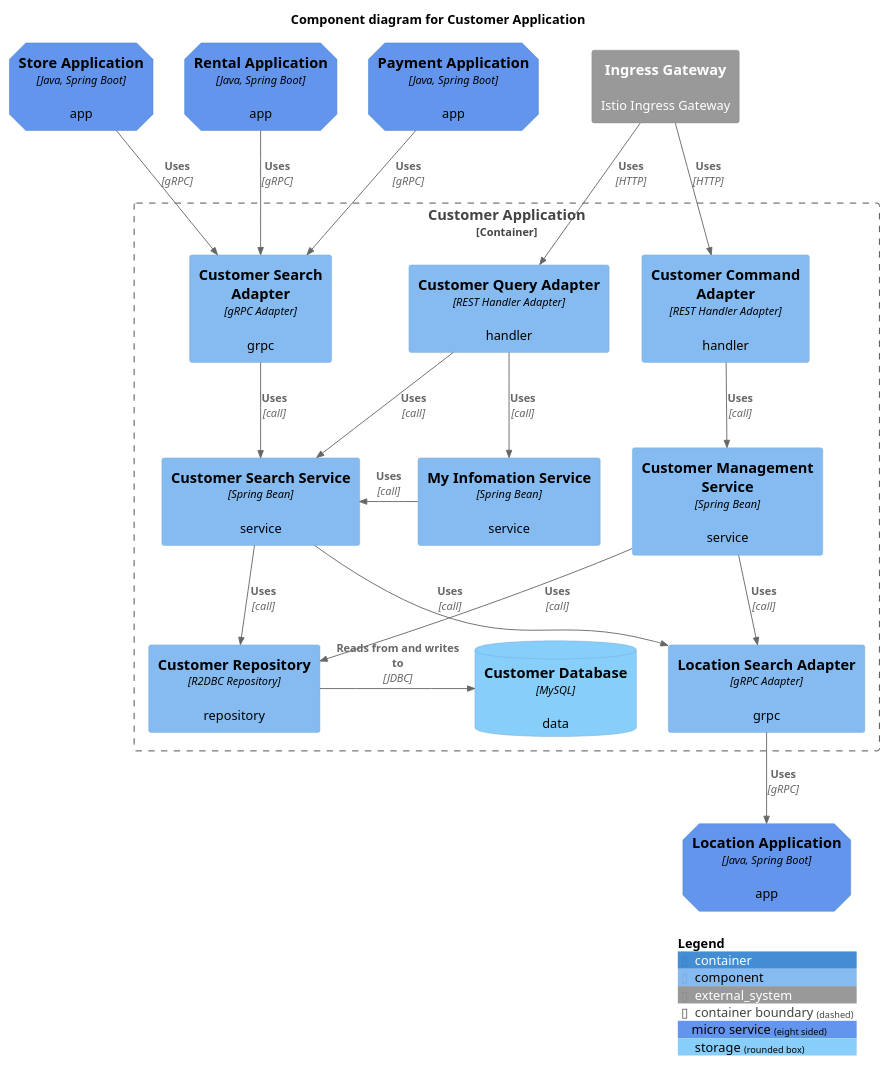
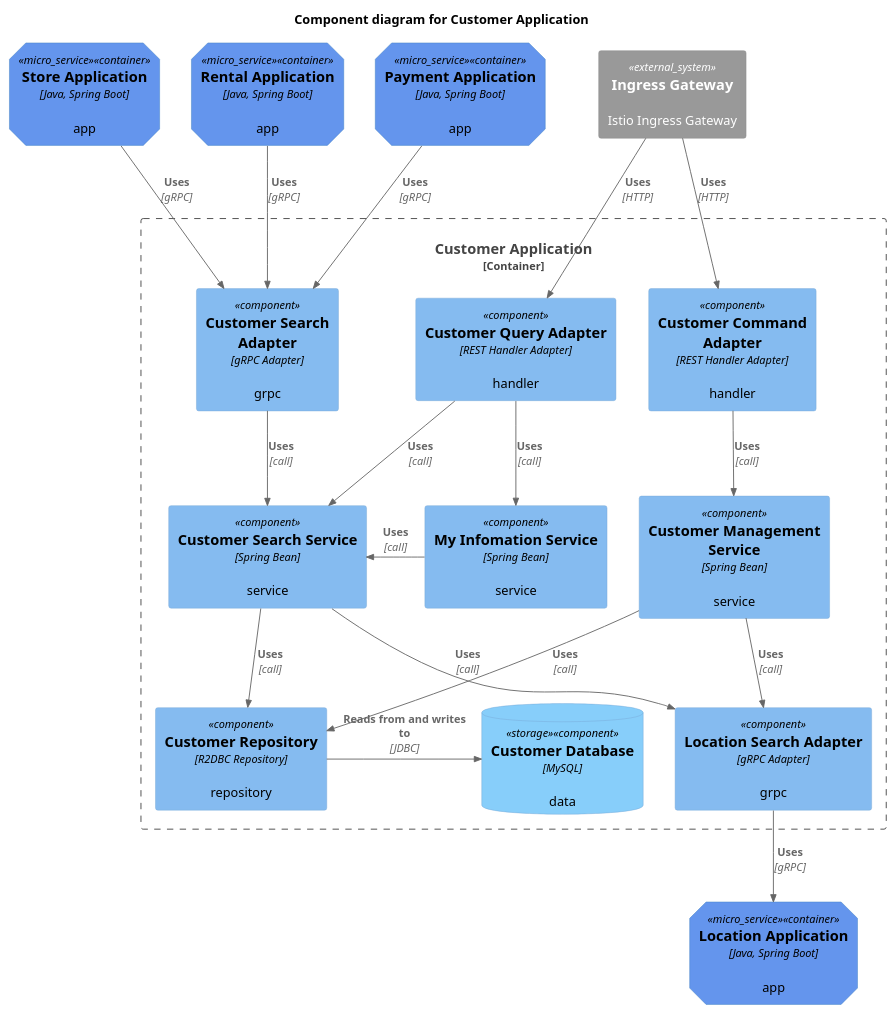
Before and after one commit to codejsha/sakila-microservices: the diagram in diagram/component/customer-application.puml, drawn with PlantUML. The commit also changed 17 other files, not shown here.

Commit message:
update diagrams

```diff
--- a/diagram/component/customer-application.puml
+++ b/diagram/component/customer-application.puml
@@ -1,52 +1,51 @@
 @startuml "customer-application"
 !include https://raw.githubusercontent.com/plantuml-stdlib/C4-PlantUML/master/C4_Component.puml
 
 AddElementTag("micro_service", $shape=EightSidedShape(), $bgColor="CornflowerBlue", $fontColor="black", $legendText="micro service\neight sided")
 AddElementTag("storage", $shape=RoundedBoxShape(), $bgColor="lightSkyBlue", $fontColor="black")
 
 title Component diagram for Customer Application
 
 Container(rental_app, "Rental Application", "Java, Spring Boot", "app", $tags = "micro_service")
 Container(payment_app, "Payment Application", "Java, Spring Boot", "app", $tags = "micro_service")
 Container(store_app, "Store Application", "Java, Spring Boot", "app", $tags = "micro_service")
 System_Ext(ingress_gateway, "Ingress Gateway", "Istio Ingress Gateway")
 
 Container(location_app, "Location Application", "Java, Spring Boot", "app", $tags = "micro_service")
 
 Container_Boundary(customer_app, "Customer Application") {
     Component(command_adapter, "Customer Command Adapter", "REST Handler Adapter", "handler")
     Component(query_adapter, "Customer Query Adapter", "REST Handler Adapter", "handler")
     Component(customer_search_adapter, "Customer Search Adapter", "gRPC Adapter", "grpc")
     Component(location_search_adapter, "Location Search Adapter", "gRPC Adapter", "grpc")
 
     Component(customer_mgmt_service, "Customer Management Service", "Spring Bean", "service")
     Component(customer_search_service, "Customer Search Service", "Spring Bean", "service")
     Component(my_infomation_service, "My Infomation Service", "Spring Bean", "service")
 
     Component(customer_repository, "Customer Repository", "R2DBC Repository", "repository")
     ComponentDb(customer_db, "Customer Database", "MySQL", "data", $tags = "storage")
 
     Rel(command_adapter, customer_mgmt_service, "Uses", "call")
     Rel(query_adapter, customer_search_service, "Uses", "call")
     Rel(query_adapter, my_infomation_service, "Uses", "call")
     Rel(customer_search_adapter, customer_search_service, "Uses", "call")
 
     Rel(customer_mgmt_service, customer_repository, "Uses", "call")
     Rel(customer_mgmt_service, location_search_adapter, "Uses", "call")
     Rel(customer_search_service, customer_repository, "Uses", "call")
     Rel(customer_search_service, location_search_adapter, "Uses", "call")
     Rel_R(my_infomation_service, customer_search_service, "Uses", "call")
 
     Rel_R(customer_repository, customer_db, "Reads from and writes to", "JDBC")
 }
 
 Rel(rental_app, customer_search_adapter, "Uses", "gRPC")
 Rel(payment_app, customer_search_adapter, "Uses", "gRPC")
 Rel(store_app, customer_search_adapter, "Uses", "gRPC")
 Rel(ingress_gateway, command_adapter, "Uses", "HTTP")
 Rel(ingress_gateway, query_adapter, "Uses", "HTTP")
 
 Rel(location_search_adapter, location_app, "Uses", "gRPC")
 
-SHOW_LEGEND()
 @enduml
```
